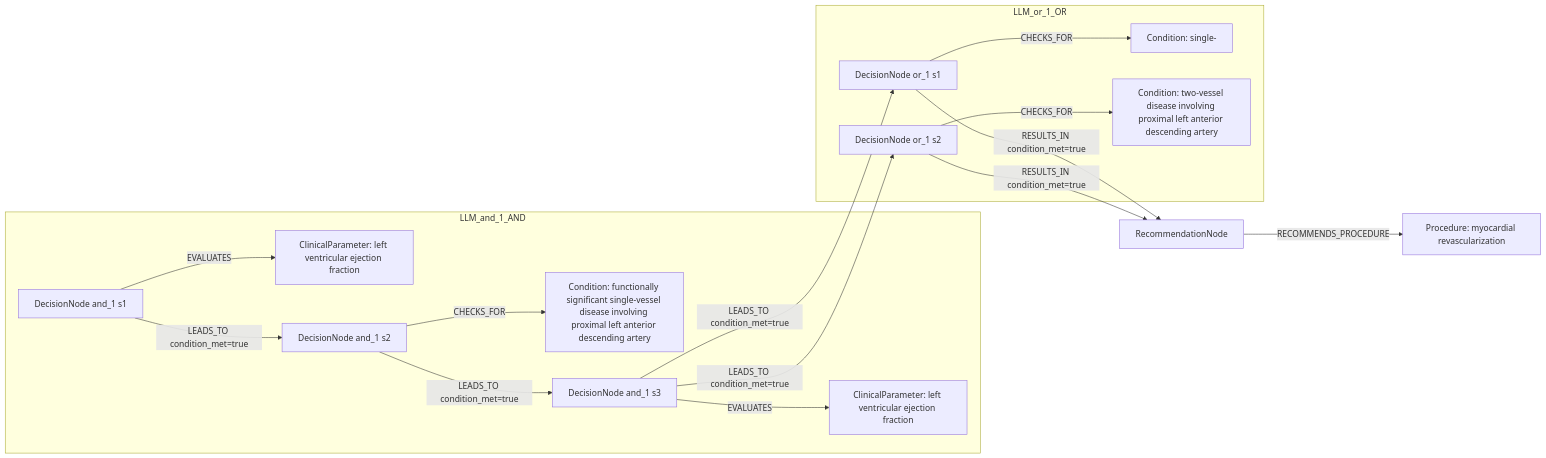
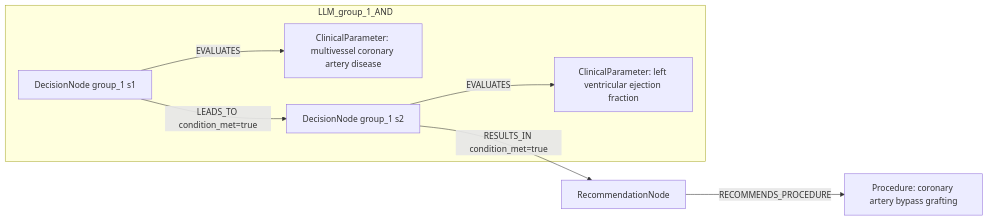
Before and after one commit to dieterich-lab/CardioGuidelinesGraph: the second of 2 diagrams in docs/table22_rows_comparison/row_10.md, drawn with Mermaid. The commit also changed other lines of this file and 20 other files, not shown here.

````diff
--- a/docs/table22_rows_comparison/row_10.md
+++ b/docs/table22_rows_comparison/row_10.md
@@ -312,31 +278,16 @@
 ```mermaid
 graph LR
   REC[RecommendationNode]
-  ACT1[Procedure: myocardial revascularization]
+  ACT1[Procedure: coronary artery bypass grafting]
   REC -->|RECOMMENDS_PROCEDURE| ACT1
-  subgraph LLM_and_1_AND
-    D_and_1_1[DecisionNode and_1 s1]
-    C_and_1_1[ClinicalParameter: left ventricular ejection fraction]
-    D_and_1_1 -->|EVALUATES| C_and_1_1
-    D_and_1_2[DecisionNode and_1 s2]
-    C_and_1_2[Condition: functionally significant single-vessel disease involving proximal left anterior descending artery]
-    D_and_1_2 -->|CHECKS_FOR| C_and_1_2
-    D_and_1_3[DecisionNode and_1 s3]
-    C_and_1_3[ClinicalParameter: left ventricular ejection fraction]
-    D_and_1_3 -->|EVALUATES| C_and_1_3
-    D_and_1_1 -->|LEADS_TO condition_met=true| D_and_1_2
-    D_and_1_2 -->|LEADS_TO condition_met=true| D_and_1_3
+  subgraph LLM_group_1_AND
+    D_group_1_1[DecisionNode group_1 s1]
+    C_group_1_1[ClinicalParameter: multivessel coronary artery disease]
+    D_group_1_1 -->|EVALUATES| C_group_1_1
+    D_group_1_2[DecisionNode group_1 s2]
+    C_group_1_2[ClinicalParameter: left ventricular ejection fraction]
+    D_group_1_2 -->|EVALUATES| C_group_1_2
+    D_group_1_1 -->|LEADS_TO condition_met=true| D_group_1_2
   end
-  subgraph LLM_or_1_OR
-    D_or_1_1[DecisionNode or_1 s1]
-    C_or_1_1[Condition: single-]
-    D_or_1_1 -->|CHECKS_FOR| C_or_1_1
-    D_or_1_2[DecisionNode or_1 s2]
-    C_or_1_2[Condition: two-vessel disease involving proximal left anterior descending artery]
-    D_or_1_2 -->|CHECKS_FOR| C_or_1_2
-    D_and_1_3 -->|LEADS_TO condition_met=true| D_or_1_1
-    D_and_1_3 -->|LEADS_TO condition_met=true| D_or_1_2
-  end
-  D_or_1_1 -->|RESULTS_IN condition_met=true| REC
-  D_or_1_2 -->|RESULTS_IN condition_met=true| REC
+  D_group_1_2 -->|RESULTS_IN condition_met=true| REC
 ```
````
